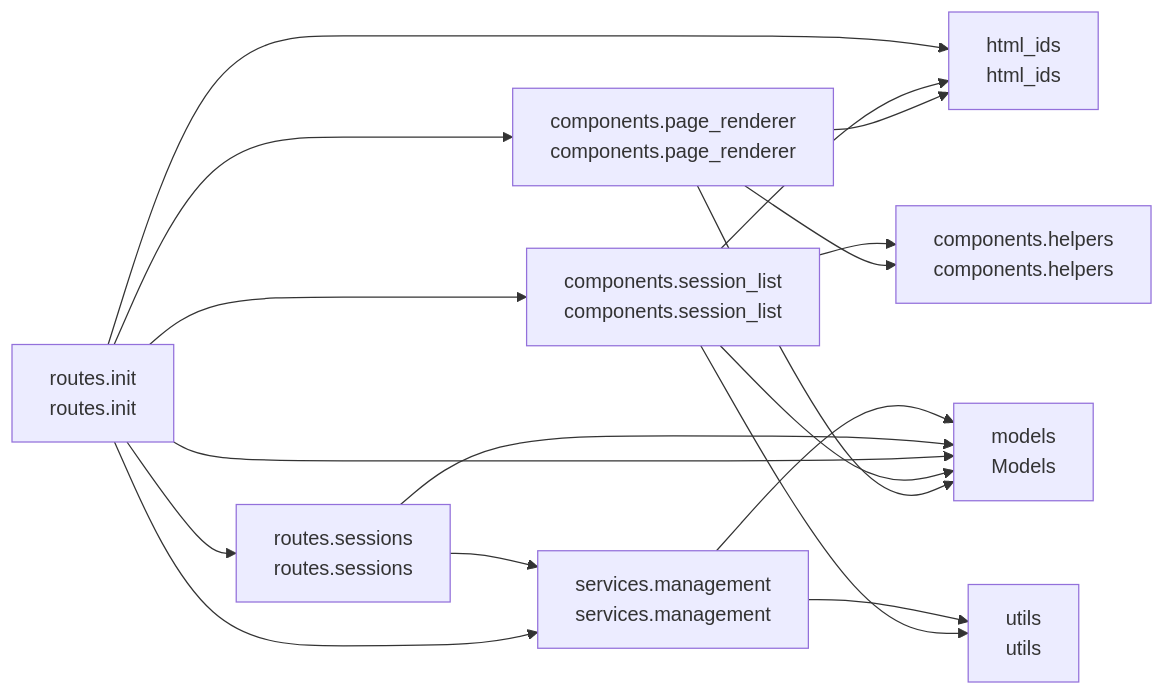
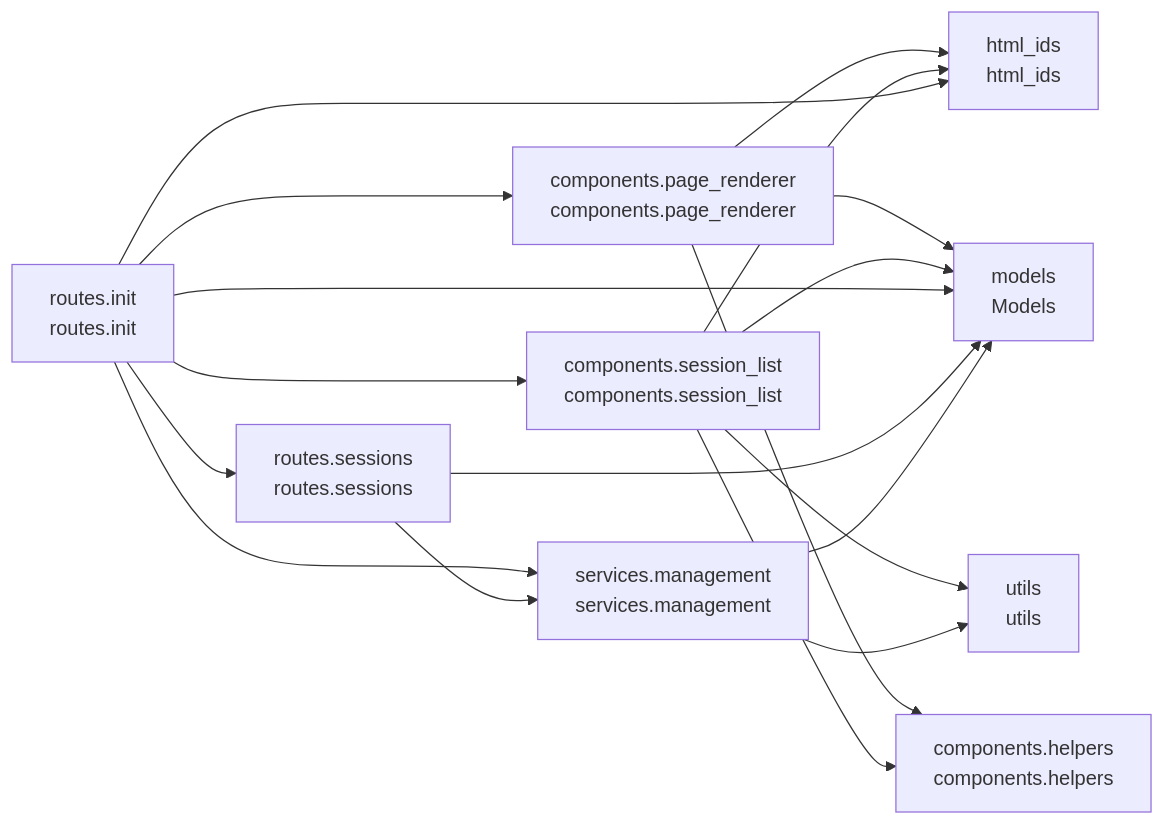
One commit to cj-mills/cjm-fasthtml-workflow-session-management changed the diagram in README.md. Above: the diagram before and after it, drawn with Mermaid. The commit also changed other lines of this file and 7 other files, not shown here.

````diff
--- a/README.md
+++ b/README.md
@@ -32,30 +32,30 @@
 ``` mermaid
 graph LR
     components_helpers[components.helpers<br/>components.helpers]
     components_page_renderer[components.page_renderer<br/>components.page_renderer]
     components_session_list[components.session_list<br/>components.session_list]
     html_ids[html_ids<br/>html_ids]
     models[models<br/>Models]
     routes_init[routes.init<br/>routes.init]
     routes_sessions[routes.sessions<br/>routes.sessions]
     services_management[services.management<br/>services.management]
     utils[utils<br/>utils]
 
+    components_page_renderer --> html_ids
+    components_page_renderer --> components_helpers
     components_page_renderer --> models
-    components_page_renderer --> components_helpers
-    components_page_renderer --> html_ids
+    components_session_list --> components_helpers
+    components_session_list --> html_ids
     components_session_list --> models
     components_session_list --> utils
-    components_session_list --> components_helpers
-    components_session_list --> html_ids
+    routes_init --> html_ids
     routes_init --> models
-    routes_init --> html_ids
+    routes_init --> routes_sessions
+    routes_init --> components_session_list
     routes_init --> components_page_renderer
-    routes_init --> components_session_list
     routes_init --> services_management
-    routes_init --> routes_sessions
+    routes_sessions --> services_management
     routes_sessions --> models
-    routes_sessions --> services_management
     services_management --> models
     services_management --> utils
 ```
````
